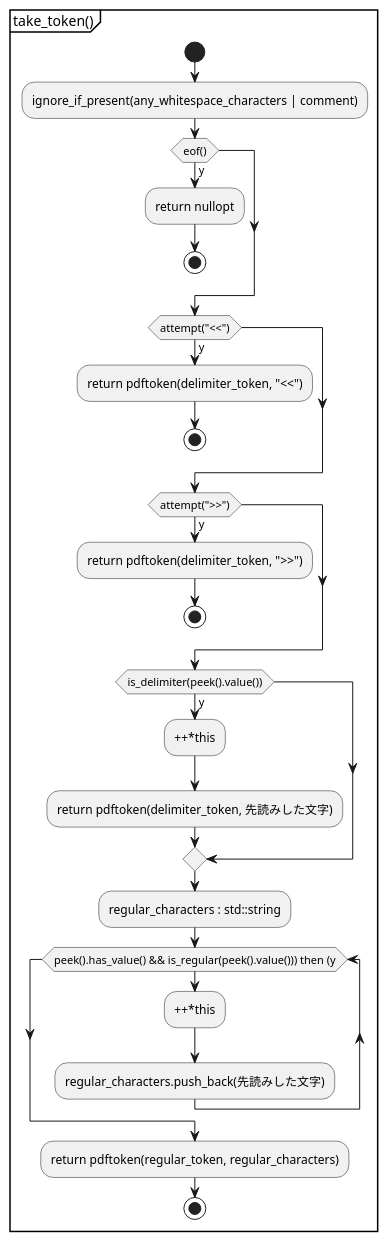
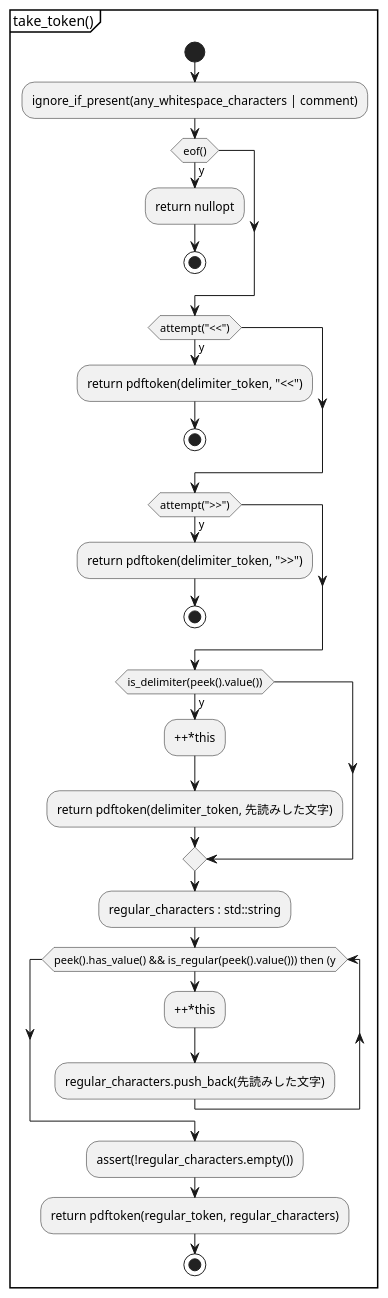
One commit to KodaiYM/PDFReader changed the fifth of 5 diagrams in document/document_reader/ipdfstream/object_stream/tokenizer/tokenizer.activity.pu. Above: the diagram before and after it, drawn with PlantUML. The commit also changed other lines of this file and 23 other files, not shown here.

```diff
--- a/document/document_reader/ipdfstream/object_stream/tokenizer/tokenizer.activity.pu
+++ b/document/document_reader/ipdfstream/object_stream/tokenizer/tokenizer.activity.pu
@@ -56,39 +63,40 @@
 @startuml take_token
 partition "take_token()" {
 start
 	' HACK: 同じ位置で take_token を呼び出した時に再解析するのではなく、
 	'  メモ化しておくことで多少最適化になるかも？
 	'  本当に速くなるかどうかは知らない。要検証
 	:ignore_if_present(any_whitespace_characters | comment);
 	if (eof()) then (y)
 		:return nullopt;
 		stop
 	endif
 
 	' delimiter token
 	if (attempt("<<")) then (y)
 		:return pdftoken(delimiter_token, "<<");
 		stop
 	endif
 	if (attempt(">>")) then (y)
 		:return pdftoken(delimiter_token, ">>");
 		stop
 	endif
 
 	' % はあり得ない
 	if (is_delimiter(peek().value())) then (y)
 		:++*this;
 		:return pdftoken(delimiter_token, 先読みした文字);
 	endif
 
 	' regular token
 	:regular_characters : std::string;
 	while (peek().has_value() && is_regular(peek().value())) then (y)
 		:++*this;
 		:regular_characters.push_back(先読みした文字);
 	endwhile
-	' 少なくとも1文字は読み取れているはず
+	
+	:assert(!regular_characters.empty());
 	:return pdftoken(regular_token, regular_characters);
 stop
 }
 @enduml
```
